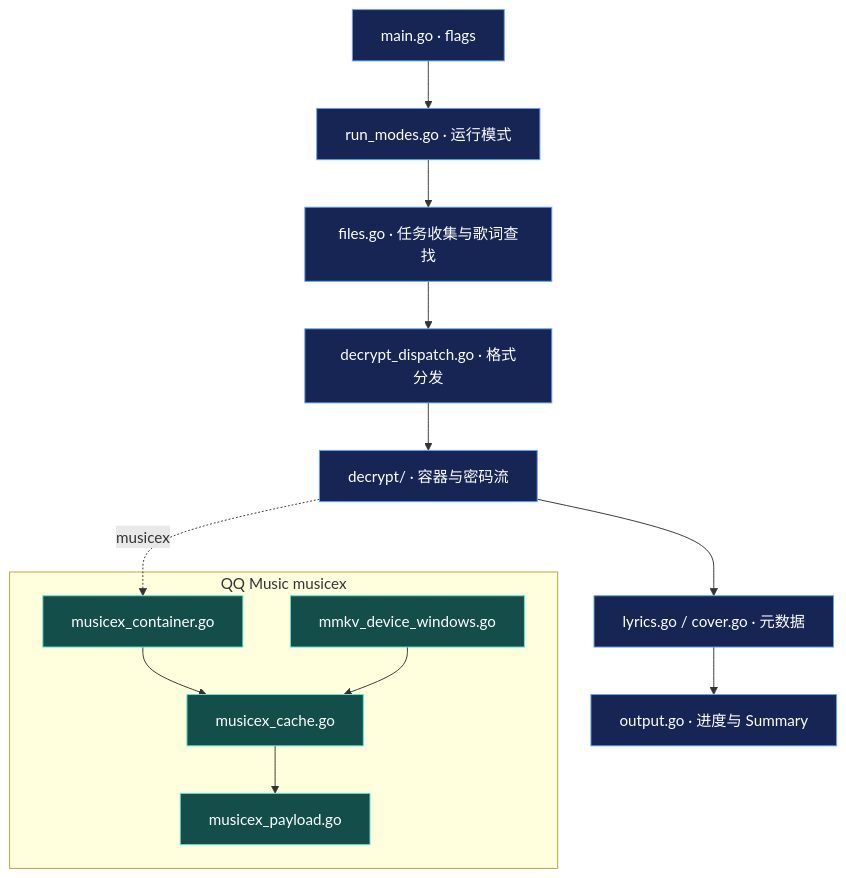
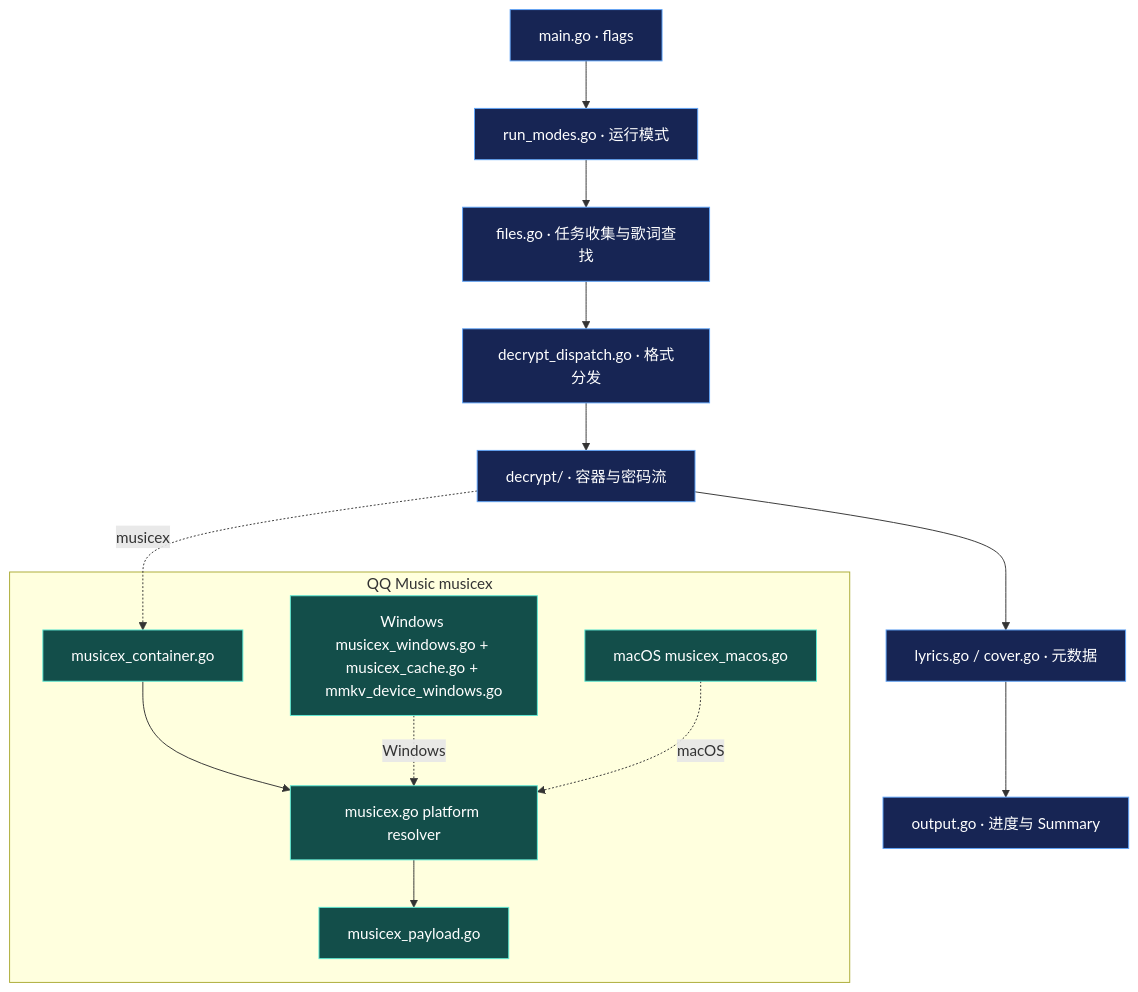
The fourth of 4 diagrams in README.md (DearZL/unlock-music-go), drawn with Mermaid before and after one commit. The commit also changed other lines of this file and 8 other files, not shown here.

Commit message:
feat: add macOS QQ Music musicex support

````diff
--- a/README.md
+++ b/README.md
@@ -254,26 +311,28 @@
 ```mermaid
 flowchart TB
     CLI[main.go · flags] --> Modes[run_modes.go · 运行模式]
     Modes --> Tasks[files.go · 任务收集与歌词查找]
     Tasks --> Dispatch[decrypt_dispatch.go · 格式分发]
     Dispatch --> Crypto[decrypt/ · 容器与密码流]
     Crypto --> Tags[lyrics.go / cover.go · 元数据]
     Tags --> Output[output.go · 进度与 Summary]
 
     subgraph QQ["QQ Music musicex"]
         Container[musicex_container.go]
-        DeviceKey[mmkv_device_windows.go]
-        MMKV[musicex_cache.go]
+        Resolver[musicex.go platform resolver]
+        Windows[Windows musicex_windows.go + musicex_cache.go + mmkv_device_windows.go]
+        Mac[macOS musicex_macos.go]
         Stream[musicex_payload.go]
-        Container --> MMKV
-        DeviceKey --> MMKV
-        MMKV --> Stream
+        Container --> Resolver
+        Windows -. Windows .-> Resolver
+        Mac -. macOS .-> Resolver
+        Resolver --> Stream
     end
 
     Crypto -. musicex .-> Container
 
     classDef layer fill:#172554,stroke:#60a5fa,color:#fff;
     classDef qq fill:#134e4a,stroke:#5eead4,color:#fff;
     class CLI,Modes,Tasks,Dispatch,Crypto,Tags,Output layer;
-    class Container,DeviceKey,MMKV,Stream qq;
+    class Container,Resolver,Windows,Mac,Stream qq;
 ```
````
